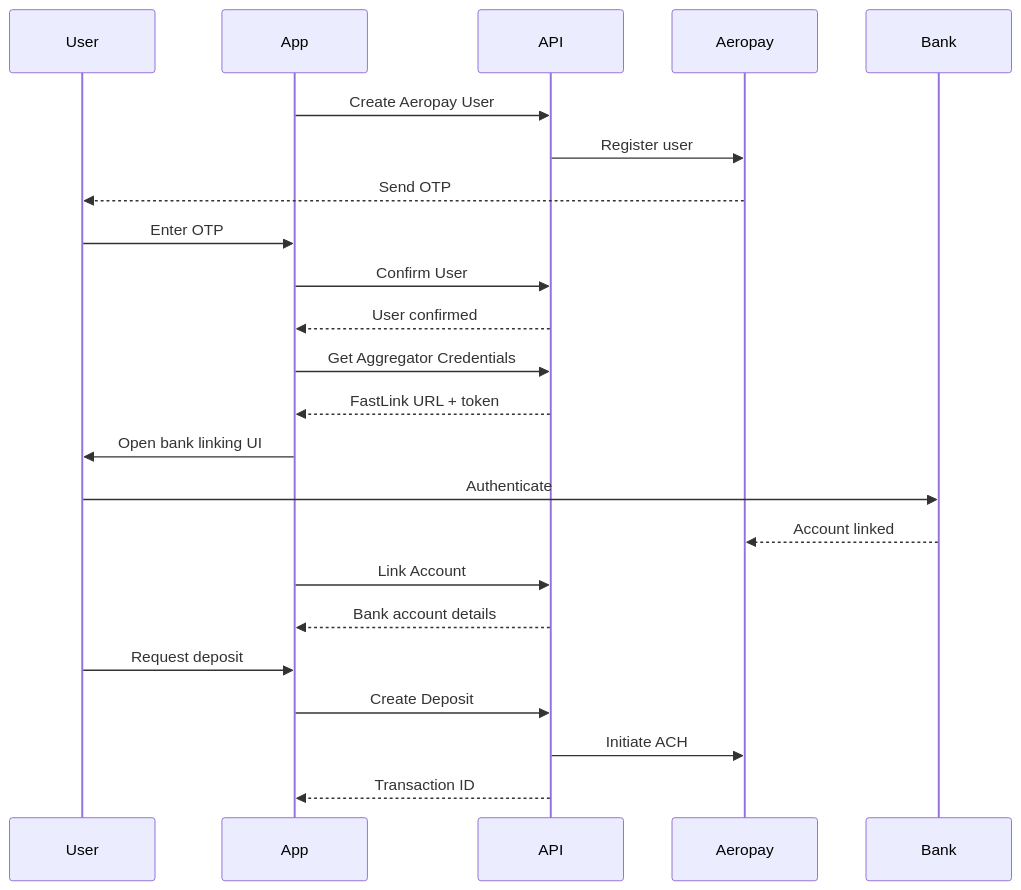
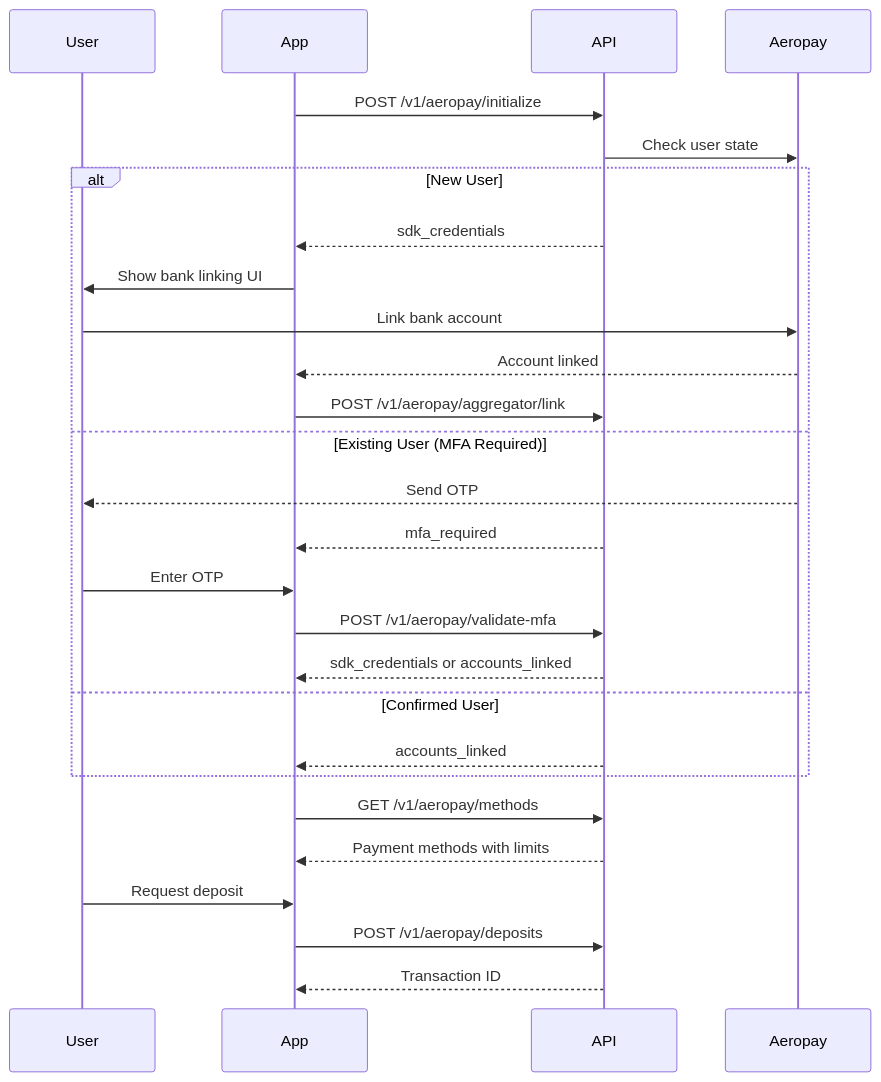
The diagram in api-reference/payments/aeropay-guide.mdx (chrisr-a11y/docs), drawn with Mermaid before and after one commit. The commit also changed other lines of this file and 4 other files, not shown here.

````diff
--- a/api-reference/payments/aeropay-guide.mdx
+++ b/api-reference/payments/aeropay-guide.mdx
@@ -24,28 +40,33 @@
 ```mermaid
 sequenceDiagram
     participant User
     participant App
     participant API
     participant Aeropay
-    participant Bank
 
-    App->>API: Create Aeropay User
-    API->>Aeropay: Register user
-    Aeropay-->>User: Send OTP
-    User->>App: Enter OTP
-    App->>API: Confirm User
-    API-->>App: User confirmed
+    App->>API: POST /v1/aeropay/initialize
+    API->>Aeropay: Check user state
 
-    App->>API: Get Aggregator Credentials
-    API-->>App: FastLink URL + token
-    App->>User: Open bank linking UI
-    User->>Bank: Authenticate
-    Bank-->>Aeropay: Account linked
-    App->>API: Link Account
-    API-->>App: Bank account details
+    alt New User
+        API-->>App: sdk_credentials
+        App->>User: Show bank linking UI
+        User->>Aeropay: Link bank account
+        Aeropay-->>App: Account linked
+        App->>API: POST /v1/aeropay/aggregator/link
+    else Existing User (MFA Required)
+        Aeropay-->>User: Send OTP
+        API-->>App: mfa_required
+        User->>App: Enter OTP
+        App->>API: POST /v1/aeropay/validate-mfa
+        API-->>App: sdk_credentials or accounts_linked
+    else Confirmed User
+        API-->>App: accounts_linked
+    end
+
+    App->>API: GET /v1/aeropay/methods
+    API-->>App: Payment methods with limits
 
     User->>App: Request deposit
-    App->>API: Create Deposit
-    API->>Aeropay: Initiate ACH
+    App->>API: POST /v1/aeropay/deposits
     API-->>App: Transaction ID
 ```
````
